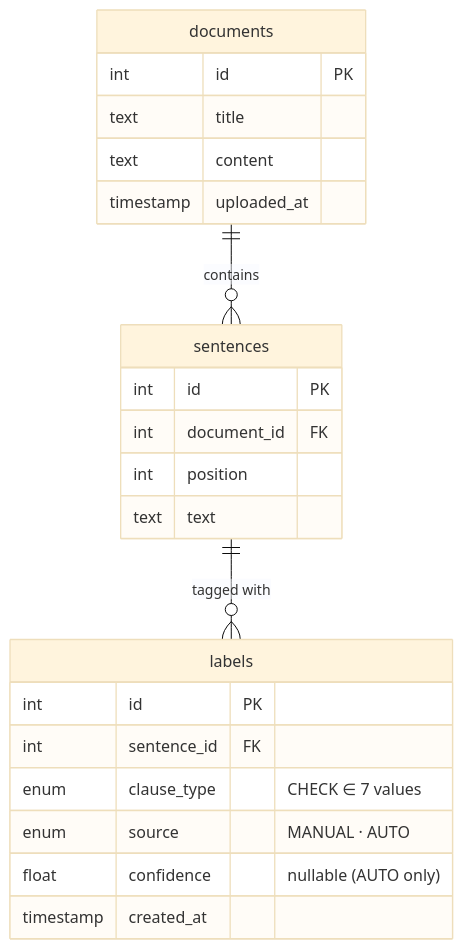
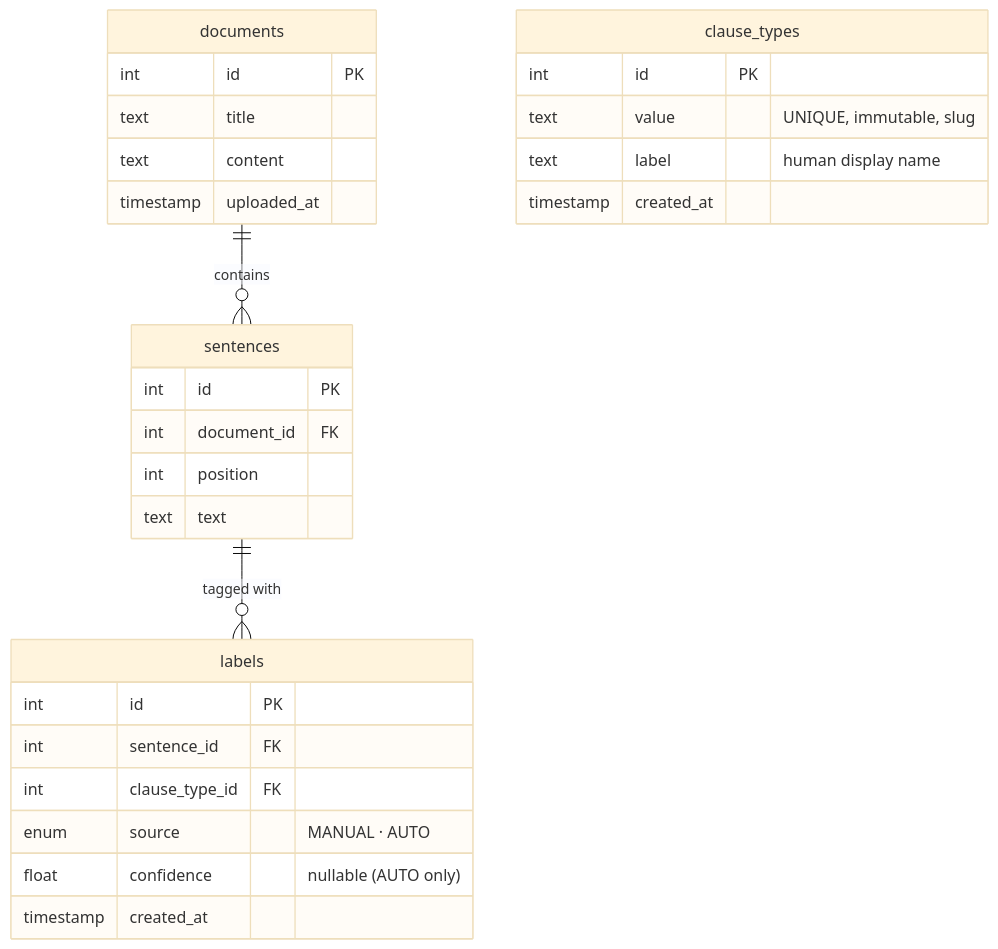
Before and after one commit to smitfire/legartis: the third of 4 diagrams in docs/architecture.md, drawn with Mermaid (base theme). The commit also changed other lines of this file and 36 other files, not shown here.

First line of the commit message:
feat: dynamic clause types — DB-backed taxonomy with full CRUD

````diff
--- a/docs/architecture.md
+++ b/docs/architecture.md
@@ -64,26 +64,32 @@
 ```mermaid
 erDiagram
   documents ||--o{ sentences : "contains"
   sentences ||--o{ labels    : "tagged with"
 
   documents {
     int       id           PK
     text      title
     text      content
     timestamp uploaded_at
   }
   sentences {
     int       id           PK
     int       document_id  FK
     int       position
     text      text
   }
   labels {
+    int        id              PK
+    int        sentence_id     FK
+    int        clause_type_id  FK
+    enum       source          "MANUAL · AUTO"
+    float      confidence      "nullable (AUTO only)"
+    timestamp  created_at
+  }
+  clause_types {
     int        id           PK
-    int        sentence_id  FK
-    enum       clause_type  "CHECK ∈ 7 values"
-    enum       source       "MANUAL · AUTO"
-    float      confidence   "nullable (AUTO only)"
+    text       value        "UNIQUE, immutable, slug"
+    text       label        "human display name"
     timestamp  created_at
   }
 ```
````
